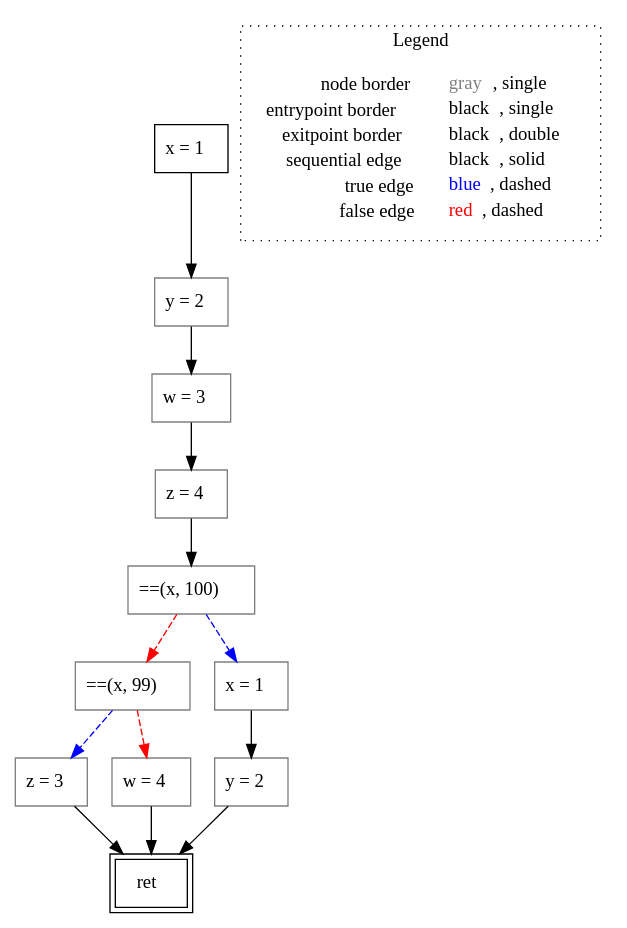
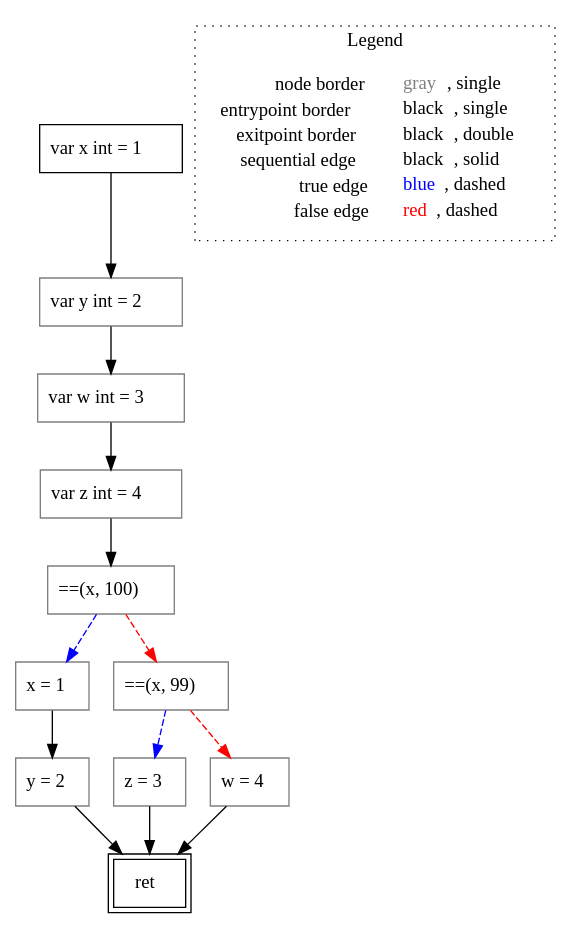
One commit to lisa-analyzer/go-lisa changed the diagram in go-lisa/test-outputs/cfg/if/untyped_~LiSAProgram.elseIfAsgs().dot. Above: the diagram before and after it, drawn with Graphviz. The commit also changed 21 other files, not shown here.

```diff
--- a/go-lisa/test-outputs/cfg/if/untyped_~LiSAProgram.elseIfAsgs().dot
+++ b/go-lisa/test-outputs/cfg/if/untyped_~LiSAProgram.elseIfAsgs().dot
@@ -1,32 +1,32 @@
 digraph {
-	"node0" [shape="rect",color="black",label=<x = 1>];
-	"node1" [shape="rect",color="gray",label=<==(x, 99)>];
-	"node2" [shape="rect",color="gray",label=<z = 3>];
-	"node3" [shape="rect",color="black",peripheries="2",label=<ret>];
-	"node4" [shape="rect",color="gray",label=<z = 4>];
-	"node5" [shape="rect",color="gray",label=<x = 1>];
-	"node6" [shape="rect",color="gray",label=<y = 2>];
-	"node7" [shape="rect",color="gray",label=<w = 4>];
-	"node8" [shape="rect",color="gray",label=<y = 2>];
-	"node9" [shape="rect",color="gray",label=<==(x, 100)>];
-	"node10" [shape="rect",color="gray",label=<w = 3>];
-	"node0" -> "node6" [color="black"];
+	"node0" [shape="rect",color="black",label=<var x int = 1>];
+	"node1" [shape="rect",color="gray",label=<==(x, 100)>];
+	"node2" [shape="rect",color="gray",label=<x = 1>];
+	"node3" [shape="rect",color="gray",label=<var z int = 4>];
+	"node4" [shape="rect",color="black",peripheries="2",label=<ret>];
+	"node5" [shape="rect",color="gray",label=<z = 3>];
+	"node6" [shape="rect",color="gray",label=<w = 4>];
+	"node7" [shape="rect",color="gray",label=<var y int = 2>];
+	"node8" [shape="rect",color="gray",label=<==(x, 99)>];
+	"node9" [shape="rect",color="gray",label=<var w int = 3>];
+	"node10" [shape="rect",color="gray",label=<y = 2>];
 	"node1" -> "node2" [color="blue",style="dashed"];
-	"node1" -> "node7" [color="red",style="dashed"];
-	"node2" -> "node3" [color="black"];
-	"node4" -> "node9" [color="black"];
-	"node5" -> "node8" [color="black"];
-	"node6" -> "node10" [color="black"];
-	"node7" -> "node3" [color="black"];
-	"node8" -> "node3" [color="black"];
-	"node9" -> "node1" [color="red",style="dashed"];
-	"node9" -> "node5" [color="blue",style="dashed"];
+	"node1" -> "node8" [color="red",style="dashed"];
+	"node0" -> "node7" [color="black"];
+	"node2" -> "node10" [color="black"];
+	"node3" -> "node1" [color="black"];
+	"node5" -> "node4" [color="black"];
+	"node6" -> "node4" [color="black"];
+	"node7" -> "node9" [color="black"];
+	"node8" -> "node5" [color="blue",style="dashed"];
+	"node8" -> "node6" [color="red",style="dashed"];
+	"node9" -> "node3" [color="black"];
 	"node10" -> "node4" [color="black"];
 subgraph cluster_legend {
 	label="Legend";
 	style=dotted;
 	node [shape=plaintext];
 	"legend" [label=<<table border="0" cellpadding="2" cellspacing="0" cellborder="0"><tr><td align="right">node border&nbsp;</td><td align="left"><font color="gray">gray</font>, single</td></tr><tr><td align="right">entrypoint border&nbsp;</td><td align="left"><font color="black">black</font>, single</td></tr><tr><td align="right">exitpoint border&nbsp;</td><td align="left"><font color="black">black</font>, double</td></tr><tr><td align="right">sequential edge&nbsp;</td><td align="left"><font color="black">black</font>, solid</td></tr><tr><td align="right">true edge&nbsp;</td><td align="left"><font color="blue">blue</font>, dashed</td></tr><tr><td align="right">false edge&nbsp;</td><td align="left"><font color="red">red</font>, dashed</td></tr></table>>];
 }
 
 }
```
